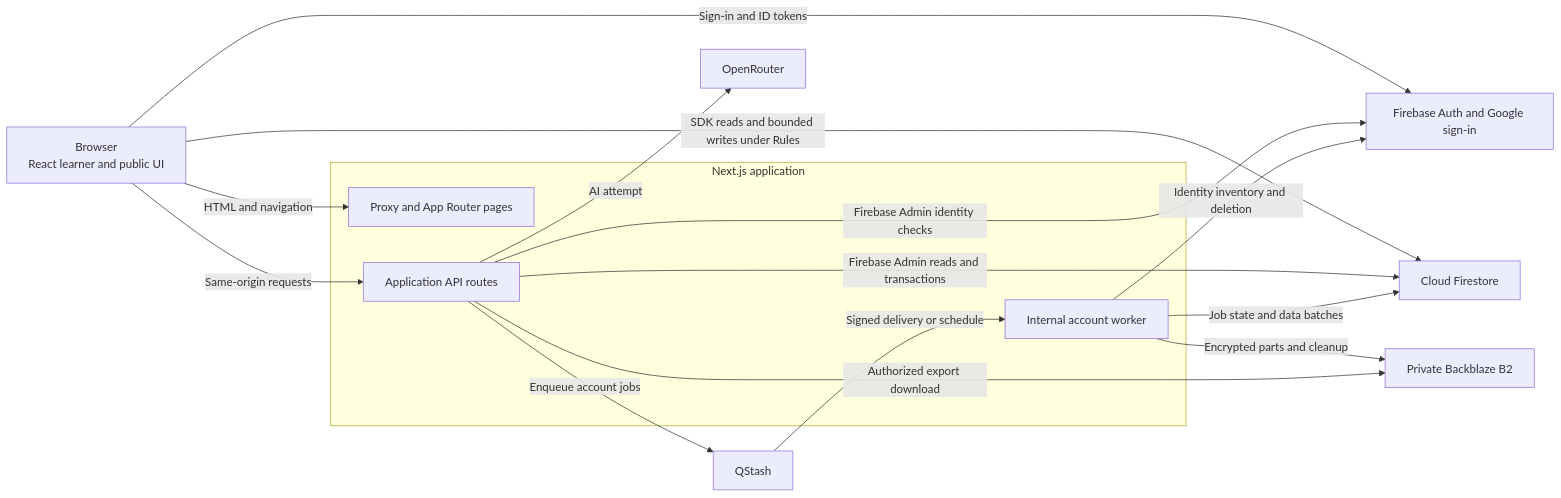
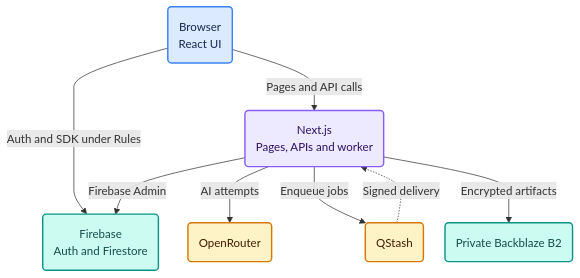
The diagram in docs/ARCHITECTURE.md (Bach-Xuan/Shark-Empti), drawn with Mermaid before and after one commit. The commit also changed 2 other files, not shown here.

Commit message:
feat: update flowcharts in documentation for account operations, architecture, and application flows to enhance clarity and detail

````diff
--- a/docs/ARCHITECTURE.md
+++ b/docs/ARCHITECTURE.md
@@ -7,30 +7,37 @@
 ```mermaid
-flowchart LR
+---
+config:
+  look: classic
+  flowchart:
+    nodeSpacing: 30
+    rankSpacing: 42
+    curve: monotoneY
+---
+flowchart TD
     accTitle: Shark Empti runtime dependencies
-    accDescr: The browser uses Next.js pages and APIs, Firebase Auth, and Firestore rules. Server routes use Firebase Admin and OpenRouter. QStash delivers work to the account worker, which uses Firestore and private B2 storage.
-    Browser["Browser<br/>React learner and public UI"]
-    subgraph App["Next.js application"]
-        Pages["Proxy and App Router pages"]
-        API["Application API routes"]
-        Worker["Internal account worker"]
-    end
-    Auth["Firebase Auth and Google sign-in"]
-    Store["Cloud Firestore"]
-    Model["OpenRouter"]
-    Queue["QStash"]
-    Storage["Private Backblaze B2"]
+    accDescr: The browser uses Next.js, Firebase Auth and Firestore. Next.js uses Firebase Admin and OpenRouter. QStash delivers account work to the Next.js worker, which uses Firebase and private B2 storage.
 
-    Browser -->|HTML and navigation| Pages
-    Browser -->|Same-origin requests| API
-    Browser -->|Sign-in and ID tokens| Auth
-    Browser -->|SDK reads and bounded writes under Rules| Store
-    API -->|Firebase Admin identity checks| Auth
-    API -->|Firebase Admin reads and transactions| Store
-    API -->|AI attempt| Model
-    API -->|Enqueue account jobs| Queue
-    Queue -->|Signed delivery or schedule| Worker
-    Worker -->|Job state and data batches| Store
-    Worker -->|Identity inventory and deletion| Auth
-    Worker -->|Encrypted parts and cleanup| Storage
-    API -->|Authorized export download| Storage
+    Browser("Browser<br/>React UI")
+    App("Next.js<br/>Pages, APIs and worker")
+    Firebase("Firebase<br/>Auth and Firestore")
+    Model("OpenRouter")
+    Queue("QStash")
+    Storage("Private Backblaze B2")
+
+    Browser -->|Pages and API calls| App
+    Browser -->|Auth and SDK under Rules| Firebase
+    App -->|Firebase Admin| Firebase
+    App -->|AI attempts| Model
+    App -->|Enqueue jobs| Queue
+    Queue -.->|Signed delivery| App
+    App -->|Encrypted artifacts| Storage
+
+    classDef client fill:#dbeafe,stroke:#3b82f6,color:#172554,stroke-width:2px;
+    classDef server fill:#ede9fe,stroke:#8b5cf6,color:#2e1065,stroke-width:2px;
+    classDef data fill:#ccfbf1,stroke:#0d9488,color:#134e4a,stroke-width:2px;
+    classDef external fill:#fef3c7,stroke:#d97706,color:#451a03,stroke-width:2px;
+    class Browser client;
+    class App server;
+    class Firebase,Storage data;
+    class Model,Queue external;
 ```
````
